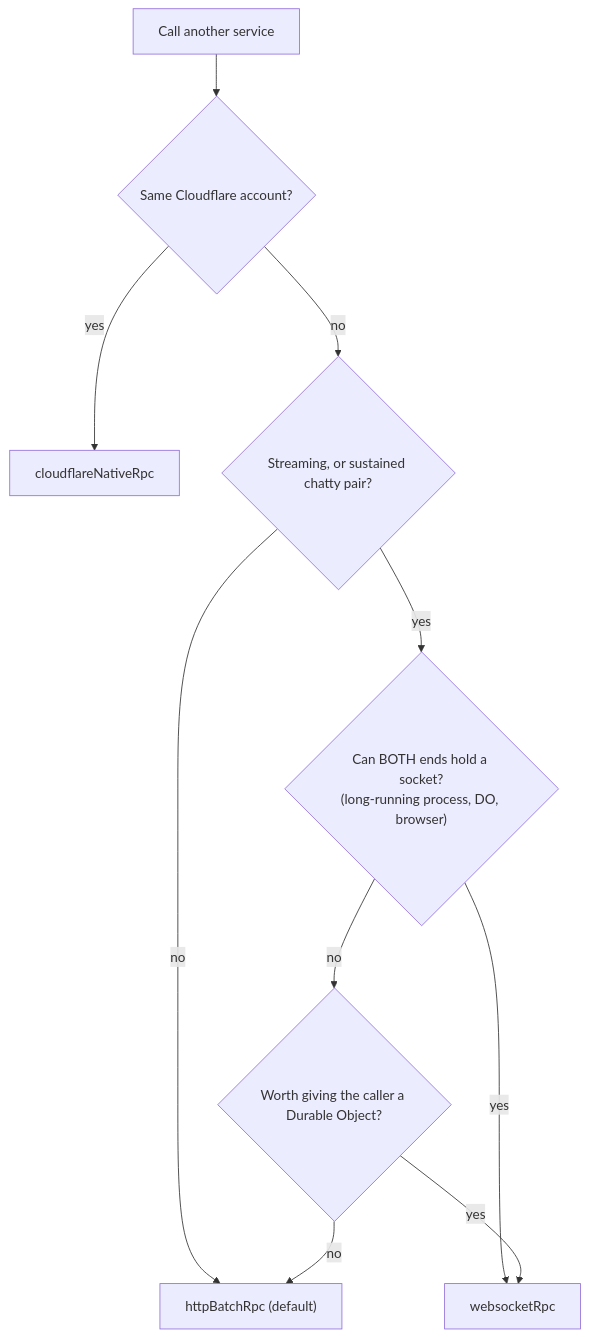
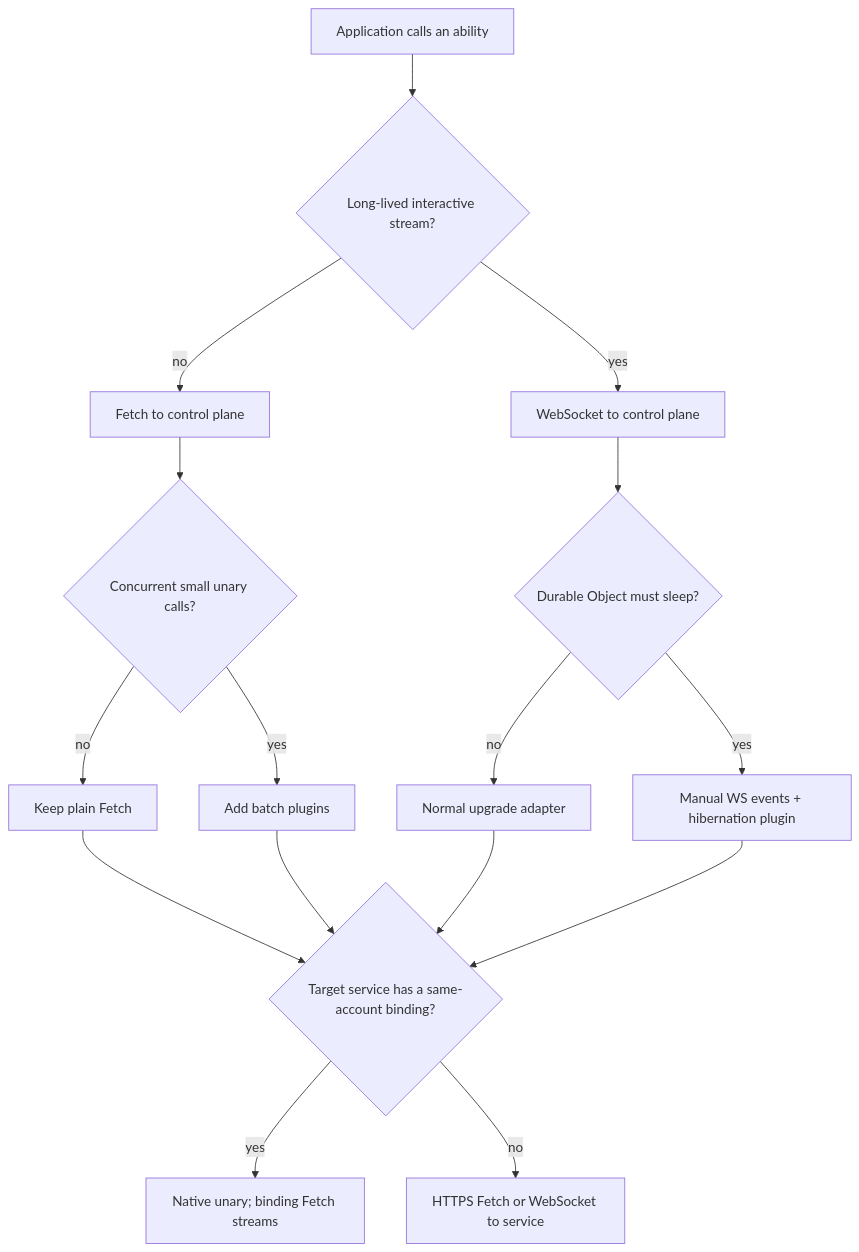
Before and after one commit to JUVOJustin/service-plane: the diagram in docs/transports.md, drawn with Mermaid. The commit also changed other lines of this file and 87 other files, not shown here.

````diff
--- a/docs/transports.md
+++ b/docs/transports.md
@@ -66,12 +164,18 @@
 ```mermaid
 flowchart TD
-  A["Call another service"] --> B{"Same Cloudflare account?"}
-  B -- yes --> NB["cloudflareNativeRpc"]
-  B -- no --> C{"Streaming, or sustained chatty pair?"}
-  C -- no --> HB["httpBatchRpc (default)"]
-  C -- yes --> D{"Can BOTH ends hold a socket?<br/>(long-running process, DO, browser)"}
-  D -- yes --> WS["websocketRpc"]
-  D -- no --> E{"Worth giving the caller a Durable Object?"}
-  E -- yes --> WS
-  E -- no --> HB
+  A["Application calls an ability"] --> B{"Long-lived interactive stream?"}
+  B -- no --> F["Fetch to control plane"]
+  B -- yes --> W["WebSocket to control plane"]
+  F --> C{"Concurrent small unary calls?"}
+  C -- yes --> BA["Add batch plugins"]
+  C -- no --> P["Keep plain Fetch"]
+  W --> H{"Durable Object must sleep?"}
+  H -- yes --> HI["Manual WS events + hibernation plugin"]
+  H -- no --> WS["Normal upgrade adapter"]
+  P --> S{"Target service has a same-account binding?"}
+  BA --> S
+  WS --> S
+  HI --> S
+  S -- yes --> N["Native unary; binding Fetch streams"]
+  S -- no --> HF["HTTPS Fetch or WebSocket to service"]
 ```
````
